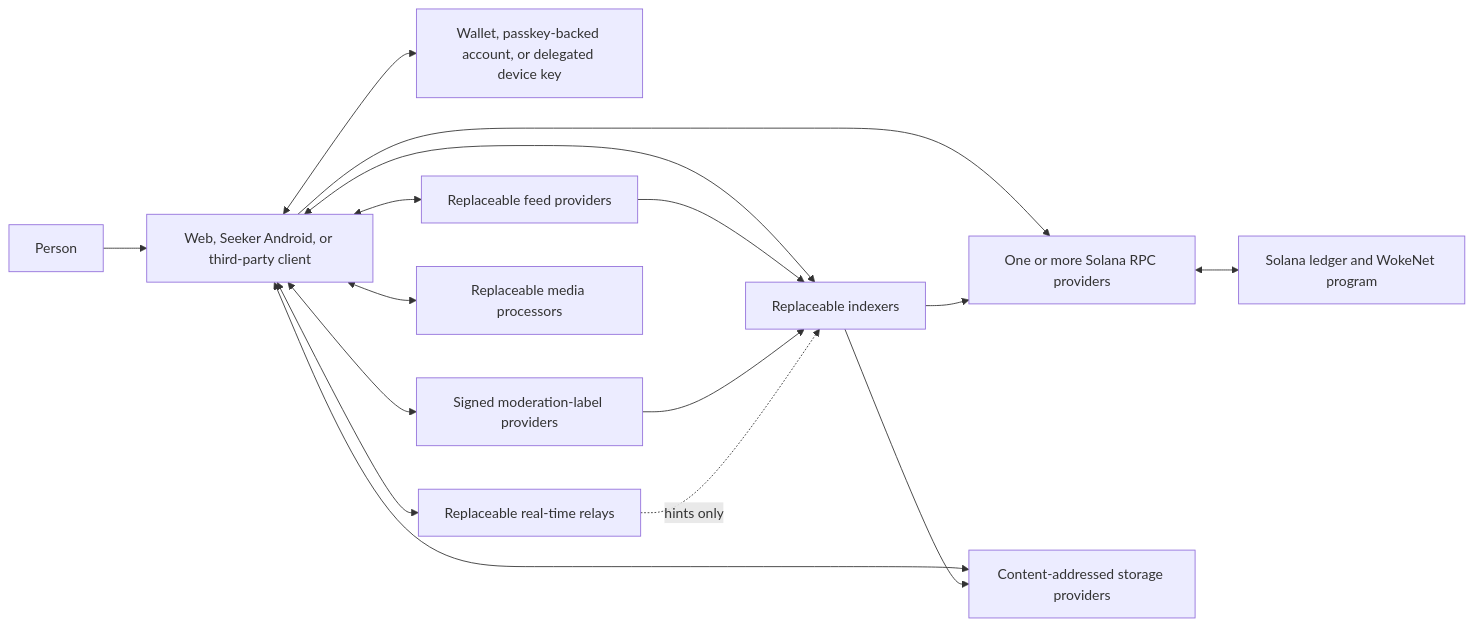
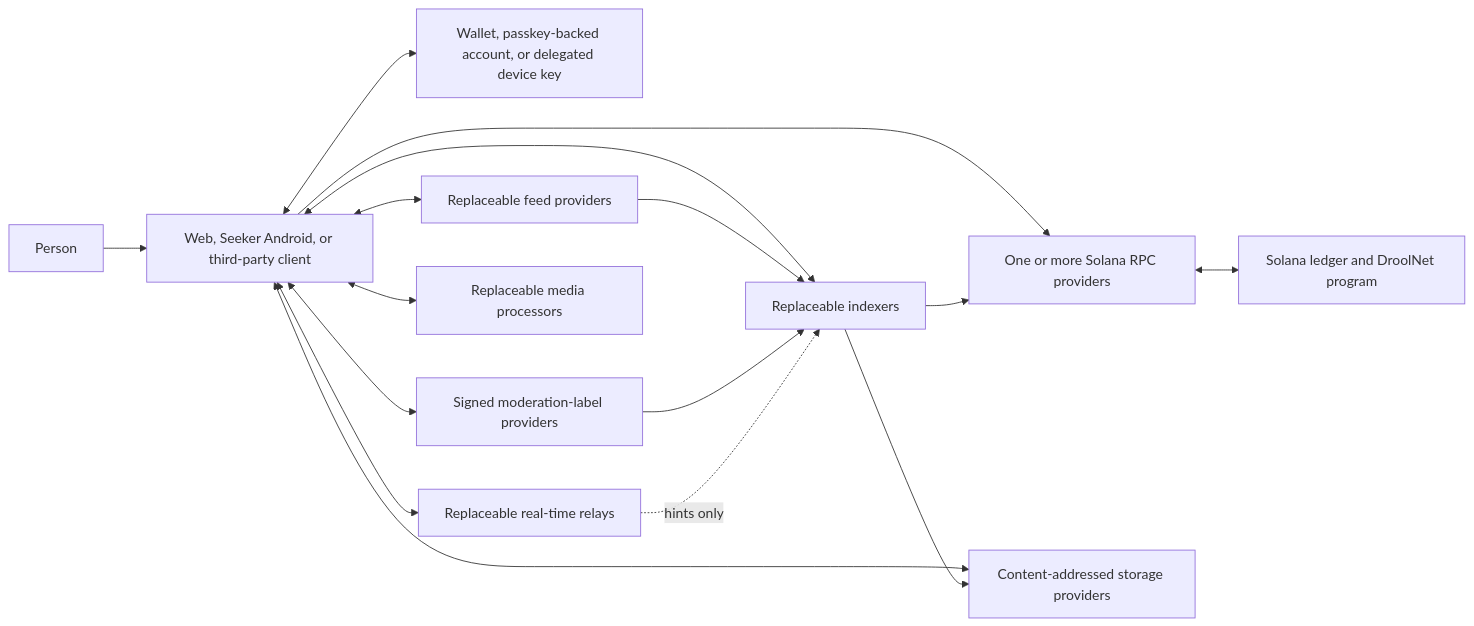
The first of 6 diagrams in docs/ARCHITECTURE.md (droolson/wetdrool), drawn with Mermaid before and after one commit. The commit also changed other lines of this file and 588 other files, not shown here.

````diff
--- a/docs/ARCHITECTURE.md
+++ b/docs/ARCHITECTURE.md
@@ -41,30 +41,30 @@
 ```mermaid
 flowchart LR
     Person["Person"]
     Client["Web, Seeker Android, or third-party client"]
     Wallet["Wallet, passkey-backed account, or delegated device key"]
     RPC["One or more Solana RPC providers"]
-    Chain["Solana ledger and WokeNet program"]
+    Chain["Solana ledger and DroolNet program"]
     Storage["Content-addressed storage providers"]
     Relay["Replaceable real-time relays"]
     Indexer["Replaceable indexers"]
     Feed["Replaceable feed providers"]
     Moderation["Signed moderation-label providers"]
     Media["Replaceable media processors"]
 
     Person --> Client
     Client <--> Wallet
     Client --> RPC
     RPC <--> Chain
     Client <--> Storage
     Client <--> Relay
     Client <--> Indexer
     Client <--> Feed
     Client <--> Moderation
     Client <--> Media
     Indexer --> RPC
     Indexer --> Storage
     Feed --> Indexer
     Moderation --> Indexer
     Relay -. "hints only" .-> Indexer
 ```
````
